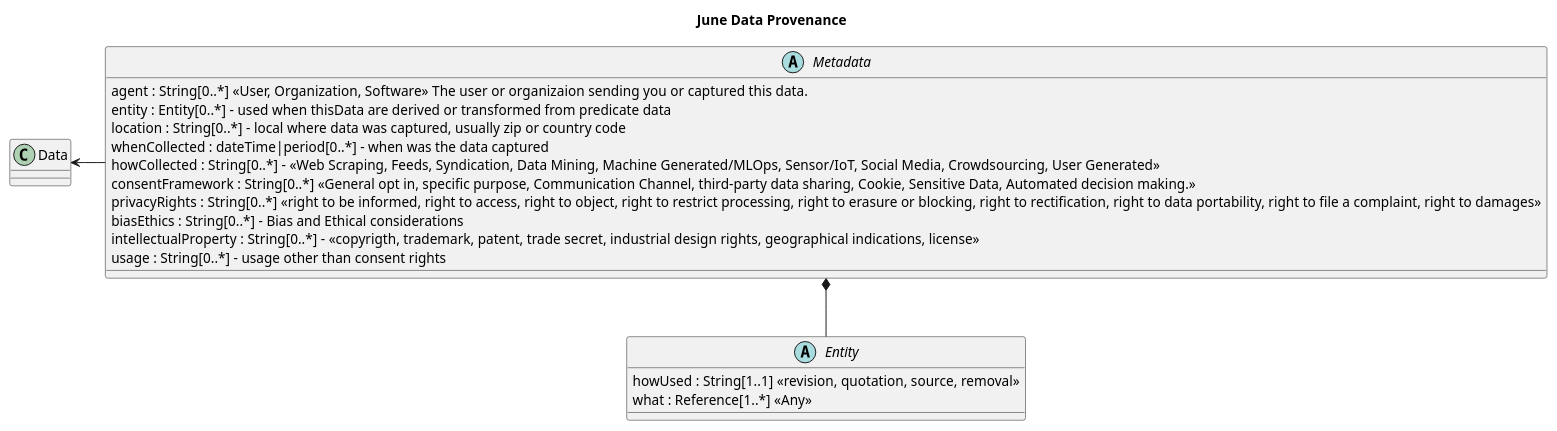
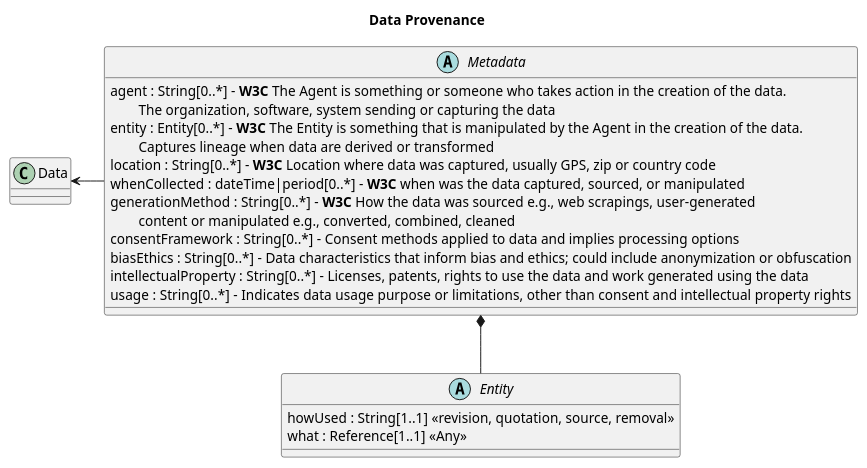
Before and after one commit to JohnMoehrke/Metadata: the diagram in metadata-june.plantuml, drawn with PlantUML. The commit also changed 7 other files, not shown here.

```diff
--- a/metadata-june.plantuml
+++ b/metadata-june.plantuml
@@ -1,24 +1,24 @@
 @startuml 
-title June Data Provenance
+
+title Data Provenance
 
 abstract class Metadata {
-  agent : String[0..*] <<User, Organization, Software>> The user or organizaion sending you or captured this data.
-  entity : Entity[0..*] - used when thisData are derived or transformed from predicate data
-  location : String[0..*] - local where data was captured, usually zip or country code
-  whenCollected : dateTime|period[0..*] - when was the data captured
-  howCollected : String[0..*] - <<Web Scraping, Feeds, Syndication, Data Mining, Machine Generated/MLOps, Sensor/IoT, Social Media, Crowdsourcing, User Generated>>
-  consentFramework : String[0..*] <<General opt in, specific purpose, Communication Channel, third-party data sharing, Cookie, Sensitive Data, Automated decision making.>>
-  privacyRights : String[0..*] <<right to be informed, right to access, right to object, right to restrict processing, right to erasure or blocking, right to rectification, right to data portability, right to file a complaint, right to damages>>
-  biasEthics : String[0..*] - Bias and Ethical considerations
-  intellectualProperty : String[0..*] - <<copyrigth, trademark, patent, trade secret, industrial design rights, geographical indications, license>>
-  usage : String[0..*] - usage other than consent rights
+  agent : String[0..*] - **W3C** The Agent is something or someone who takes action in the creation of the data. \n\tThe organization, software, system sending or capturing the data 
+  entity : Entity[0..*] - **W3C** The Entity is something that is manipulated by the Agent in the creation of the data. \n\tCaptures lineage when data are derived or transformed
+  location : String[0..*] - **W3C** Location where data was captured, usually GPS, zip or country code
+  whenCollected : dateTime|period[0..*] - **W3C** when was the data captured, sourced, or manipulated
+  generationMethod : String[0..*] - **W3C** How the data was sourced e.g., web scrapings, user-generated \n\tcontent or manipulated e.g., converted, combined, cleaned
+  consentFramework : String[0..*] - Consent methods applied to data and implies processing options
+  biasEthics : String[0..*] - Data characteristics that inform bias and ethics; could include anonymization or obfuscation
+  intellectualProperty : String[0..*] - Licenses, patents, rights to use the data and work generated using the data 
+  usage : String[0..*] -  Indicates data usage purpose or limitations, other than consent and intellectual property rights
 }
 Metadata *-down- Entity 
 Metadata -left-> Data
 
 abstract class Entity {
     howUsed : String[1..1] <<revision, quotation, source, removal>>
-    what : Reference[1..*] <<Any>>
+    what : Reference[1..1] <<Any>>
 }
 
 @enduml
```
